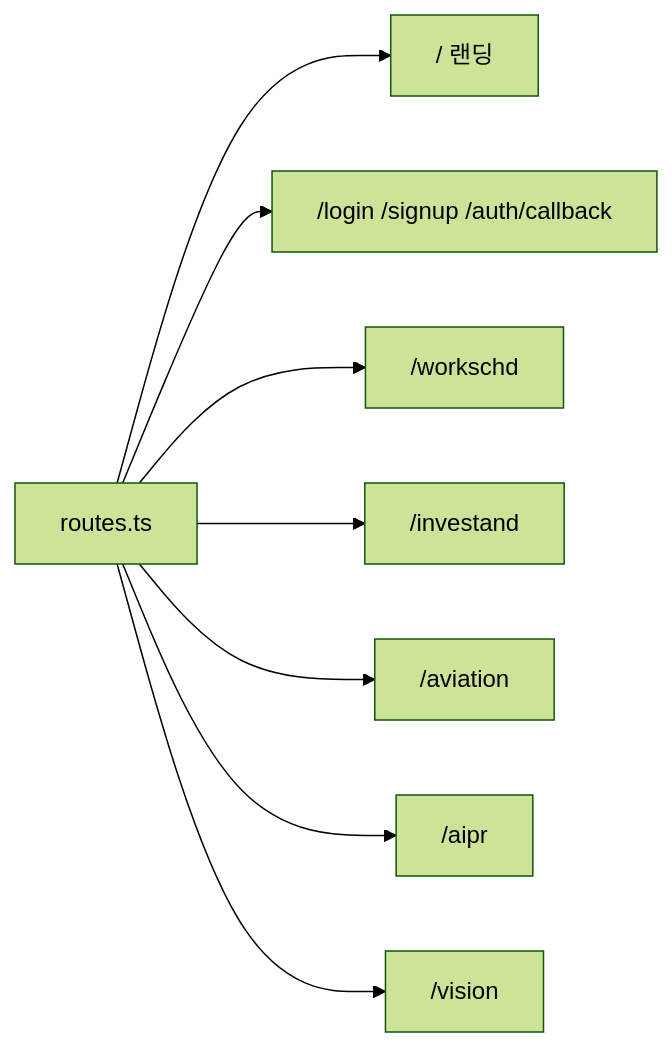
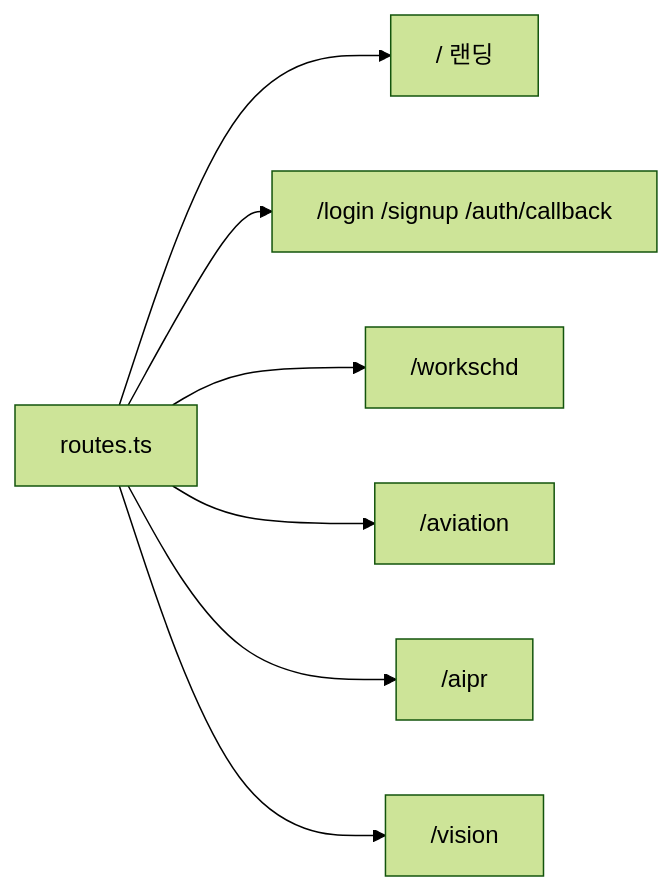
One commit to minssan9/voyagerss changed the second of 7 diagrams in meta/docs/architecture.md. Above: the diagram before and after it, drawn with Mermaid (forest theme). The commit also changed other lines of this file and 397 other files, not shown here.

````diff
--- a/meta/docs/architecture.md
+++ b/meta/docs/architecture.md
@@ -70,11 +70,10 @@
 ```mermaid
 flowchart LR
   routes[routes.ts]
   routes --> home["/ 랜딩"]
   routes --> auth["/login /signup /auth/callback"]
   routes --> workschd["/workschd"]
-  routes --> investand["/investand"]
   routes --> aviation["/aviation"]
   routes --> aipr["/aipr"]
   routes --> vision["/vision"]
 ```
````
